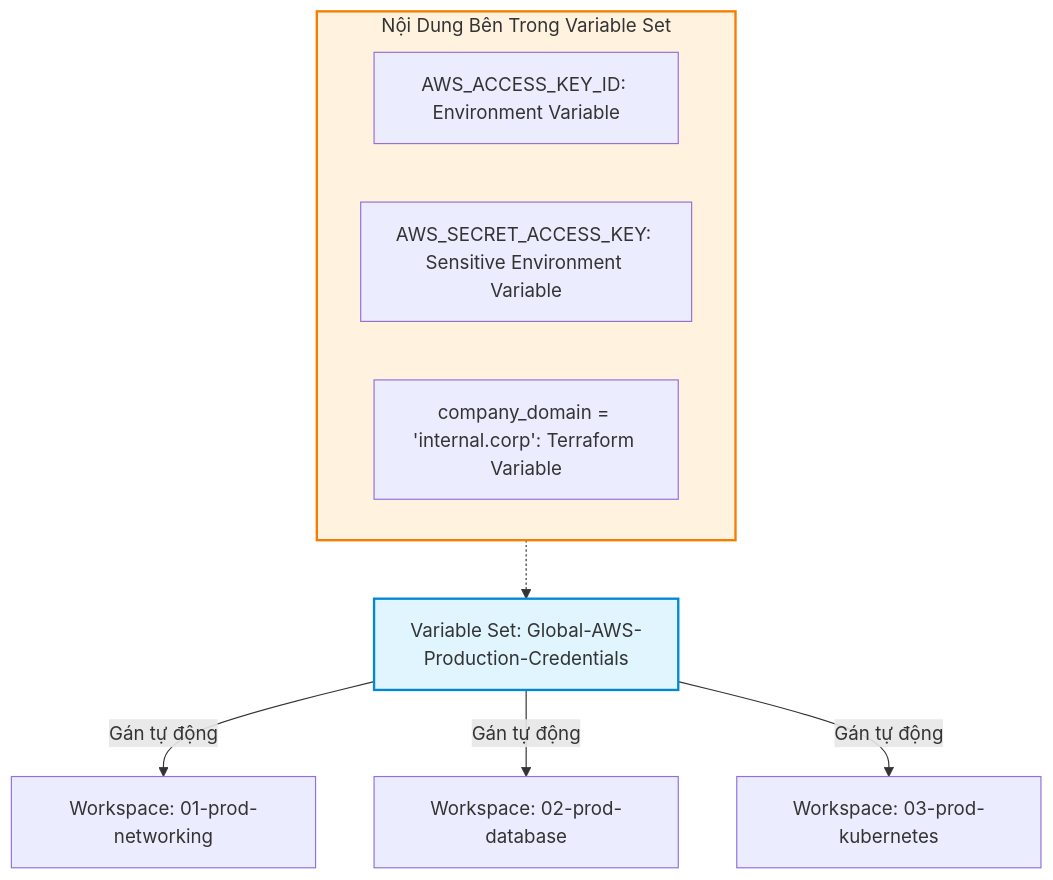
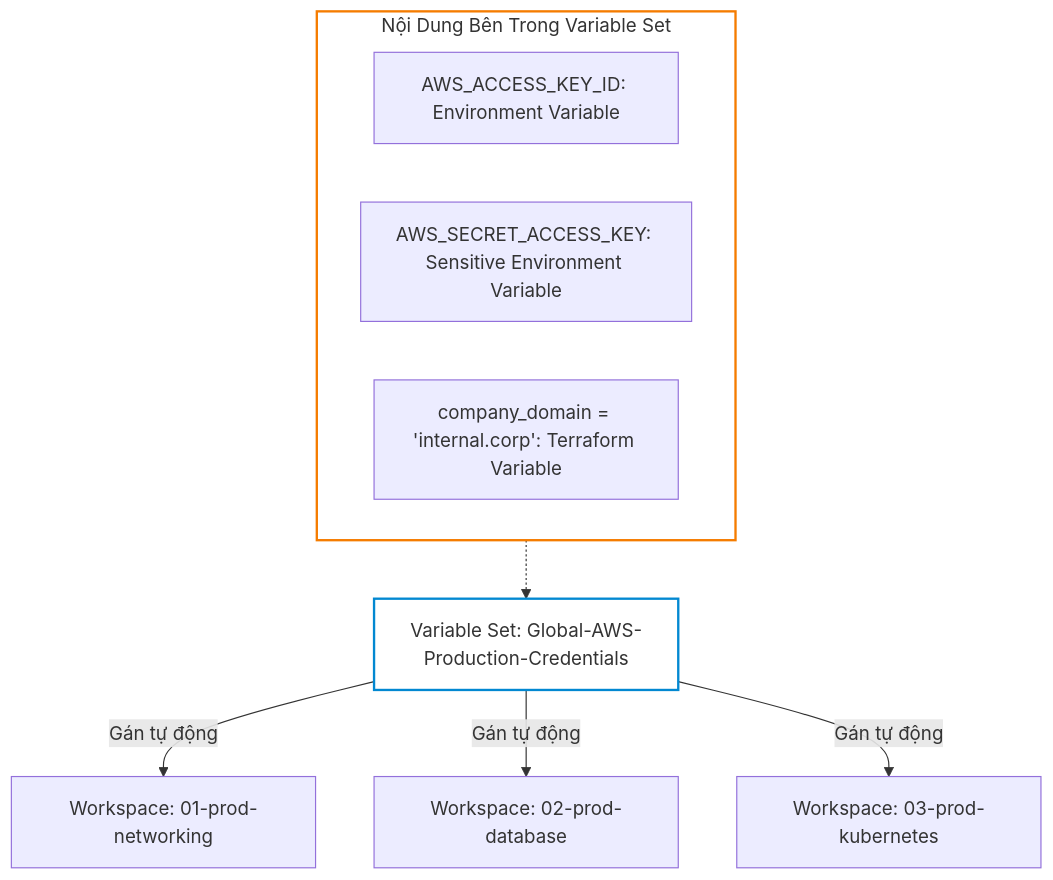
The third of 6 diagrams in _posts/2026-09-13-terraform-27-27-quan-tri-ha-tang-doanh-nghiep-voi-hcp-terraform-cloud.md (kiennt308/ntk), drawn with Mermaid before and after one commit. The commit also changed other lines of this file and 207 other files, not shown here.

Commit message:
feat(posts): batch standardize all 208 posts with TL;DR, qa-card accordion, fill:none mermaid, and liquid raw wrappers

````diff
--- a/_posts/2026-09-13-terraform-27-27-quan-tri-ha-tang-doanh-nghiep-voi-hcp-terraform-cloud.md
+++ b/_posts/2026-09-13-terraform-27-27-quan-tri-ha-tang-doanh-nghiep-voi-hcp-terraform-cloud.md
@@ -169,19 +173,19 @@
 ```mermaid
 graph TD
     VS["Variable Set: Global-AWS-Production-Credentials"] -->|Gán tự động| W1["Workspace: 01-prod-networking"]
     VS -->|Gán tự động| W2["Workspace: 02-prod-database"]
     VS -->|Gán tự động| W3["Workspace: 03-prod-kubernetes"]
 
     subgraph Variable_Set_Contents ["Nội Dung Bên Trong Variable Set"]
         V1["AWS_ACCESS_KEY_ID: Environment Variable"]
         V2["AWS_SECRET_ACCESS_KEY: Sensitive Environment Variable"]
         V3["company_domain = 'internal.corp': Terraform Variable"]
     end
 
     Variable_Set_Contents -.-> VS
 
-    style VS fill:#e1f5fe,stroke:#0288d1,stroke-width:2px
-    style Variable_Set_Contents fill:#fff3e0,stroke:#f57c00,stroke-width:2px
+    style VS fill:none,stroke:#0288d1,stroke-width:2px
+    style Variable_Set_Contents fill:none,stroke:#f57c00,stroke-width:2px
 
 
 ```
````
